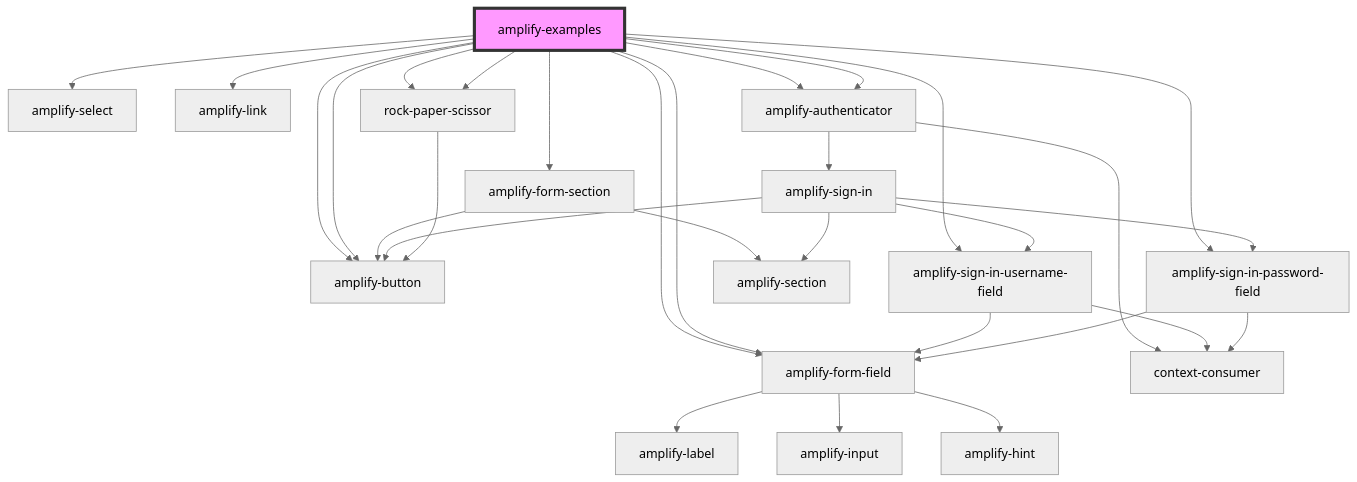
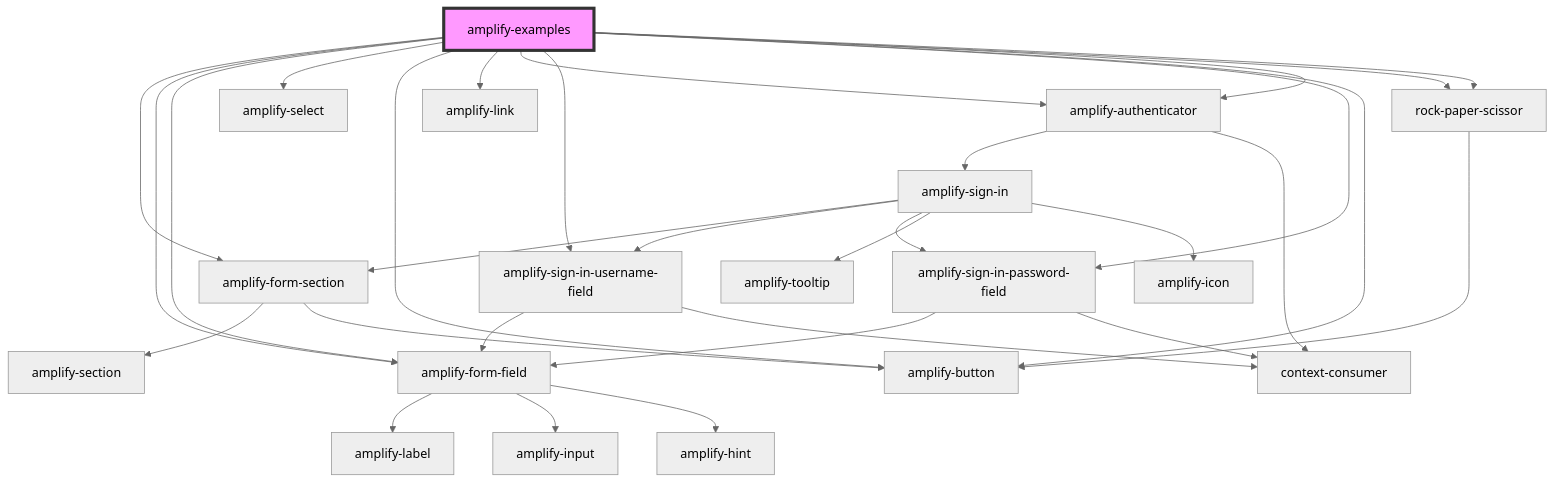
Before and after one commit to aws-amplify/amplify-js: the diagram in packages/amplify-ui-components/src/components/amplify-examples/readme.md, drawn with Mermaid (neutral theme). The commit also changed 9 other files, not shown here.

````diff
--- a/packages/amplify-ui-components/src/components/amplify-examples/readme.md
+++ b/packages/amplify-ui-components/src/components/amplify-examples/readme.md
@@ -27,33 +27,34 @@
 ```mermaid
 graph TD;
   amplify-examples --> amplify-form-section
   amplify-examples --> amplify-form-field
   amplify-examples --> amplify-form-field
   amplify-examples --> amplify-select
   amplify-examples --> amplify-button
   amplify-examples --> amplify-link
   amplify-examples --> amplify-authenticator
   amplify-examples --> amplify-sign-in-username-field
   amplify-examples --> amplify-sign-in-password-field
   amplify-examples --> amplify-button
   amplify-examples --> amplify-authenticator
   amplify-examples --> rock-paper-scissor
   amplify-examples --> rock-paper-scissor
   amplify-form-section --> amplify-section
   amplify-form-section --> amplify-button
   amplify-form-field --> amplify-label
   amplify-form-field --> amplify-input
   amplify-form-field --> amplify-hint
   amplify-authenticator --> amplify-sign-in
   amplify-authenticator --> context-consumer
-  amplify-sign-in --> amplify-section
+  amplify-sign-in --> amplify-form-section
   amplify-sign-in --> amplify-sign-in-username-field
   amplify-sign-in --> amplify-sign-in-password-field
-  amplify-sign-in --> amplify-button
+  amplify-sign-in --> amplify-tooltip
+  amplify-sign-in --> amplify-icon
   amplify-sign-in-username-field --> amplify-form-field
   amplify-sign-in-username-field --> context-consumer
   amplify-sign-in-password-field --> amplify-form-field
   amplify-sign-in-password-field --> context-consumer
   rock-paper-scissor --> amplify-button
   style amplify-examples fill:#f9f,stroke:#333,stroke-width:4px
 ```
````
